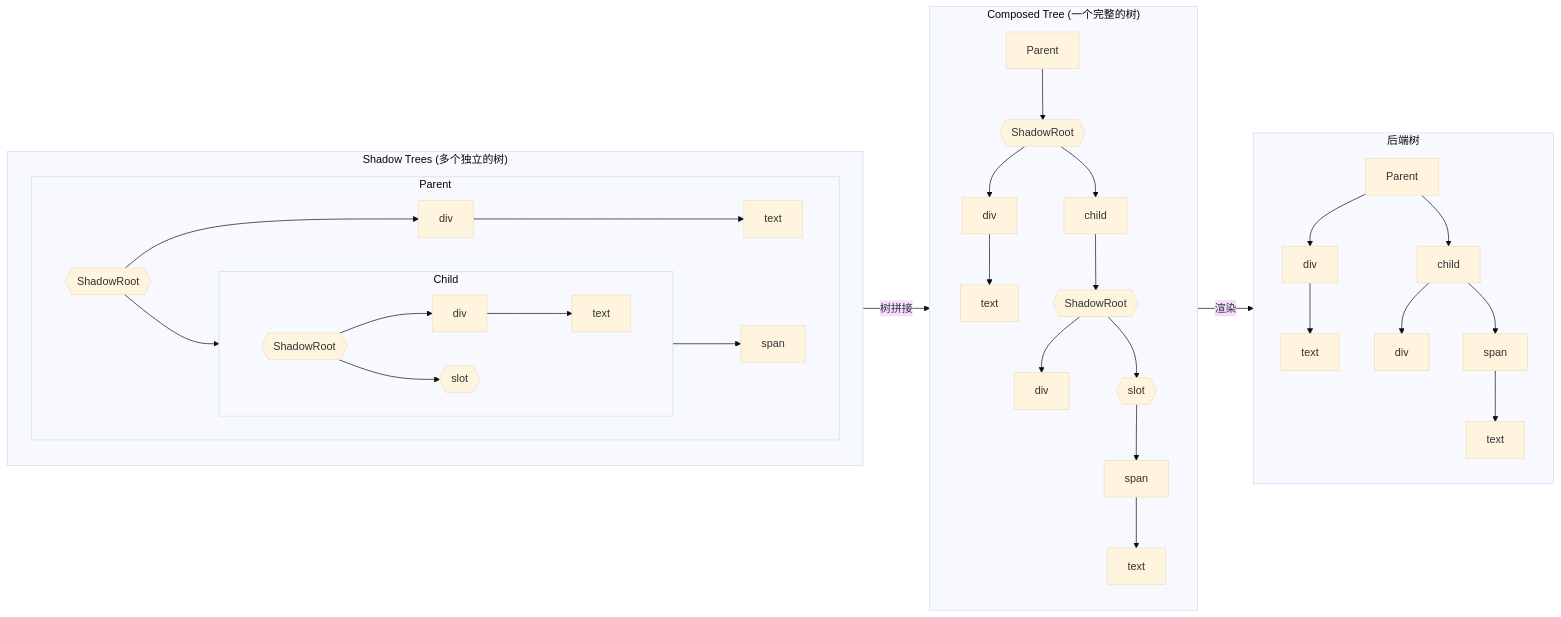
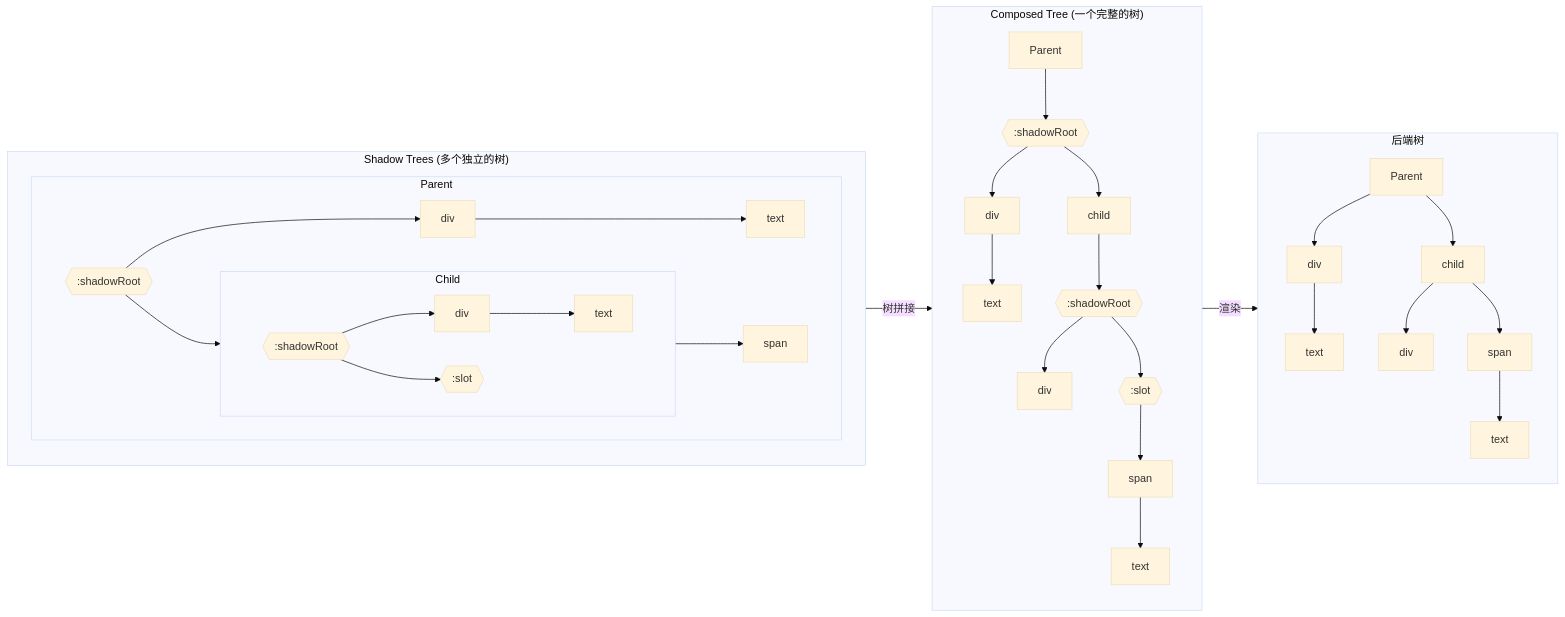
The first of 3 diagrams in glass-easel/guide/zh_CN/tree/node_tree.md (wechat-miniprogram/glass-easel), drawn with Mermaid (base theme) before and after one commit. The commit also changed other lines of this file and 26 other files, not shown here.

````diff
--- a/glass-easel/guide/zh_CN/tree/node_tree.md
+++ b/glass-easel/guide/zh_CN/tree/node_tree.md
@@ -11,48 +11,48 @@
 ```mermaid
 flowchart LR
     subgraph shadow["Shadow Trees (多个独立的树)"]
         direction TB
         subgraph st1["Child"]
-            sr1{{ShadowRoot}}
+            sr1{{:shadowRoot}}
             sr1 --> sd1[div]
             sd1 --> stext[text]
-            sr1 --> c1{{slot}}
+            sr1 --> c1{{:slot}}
         end
         subgraph st2["Parent"]
-            sr2{{ShadowRoot}}
+            sr2{{:shadowRoot}}
             sr2 --> s1[div]
             s1 --> stext2[text]
             sr2 --> st1
             st1 --> sspan[span]
         end
     end
 
     subgraph composed["Composed Tree (一个完整的树)"]
         direction TB
         cp[Parent] --> csr
-        csr{{ShadowRoot}}
+        csr{{:shadowRoot}}
         csr --> cd[div]
         cd --> ctext[text]
         csr --> cc[child]
-        cc --> csr2{{ShadowRoot}}
+        cc --> csr2{{:shadowRoot}}
         csr2 --> cd2[div]
-        csr2 --> cs{{slot}}
+        csr2 --> cs{{:slot}}
         cs --> cspan[span]
         cspan --> ctext2[text]
     end
 
     shadow -->|树拼接| composed
 
     subgraph dom["后端树"]
         direction TB
         dp[Parent]
         dp --> dd[div]
         dd --> dtext[text]
         dp --> dc[child]
         dc --> dd2[div]
         dc --> dspan[span]
         dspan --> dtext2[text]
     end
 
     composed -->|渲染| dom
 ```
````
